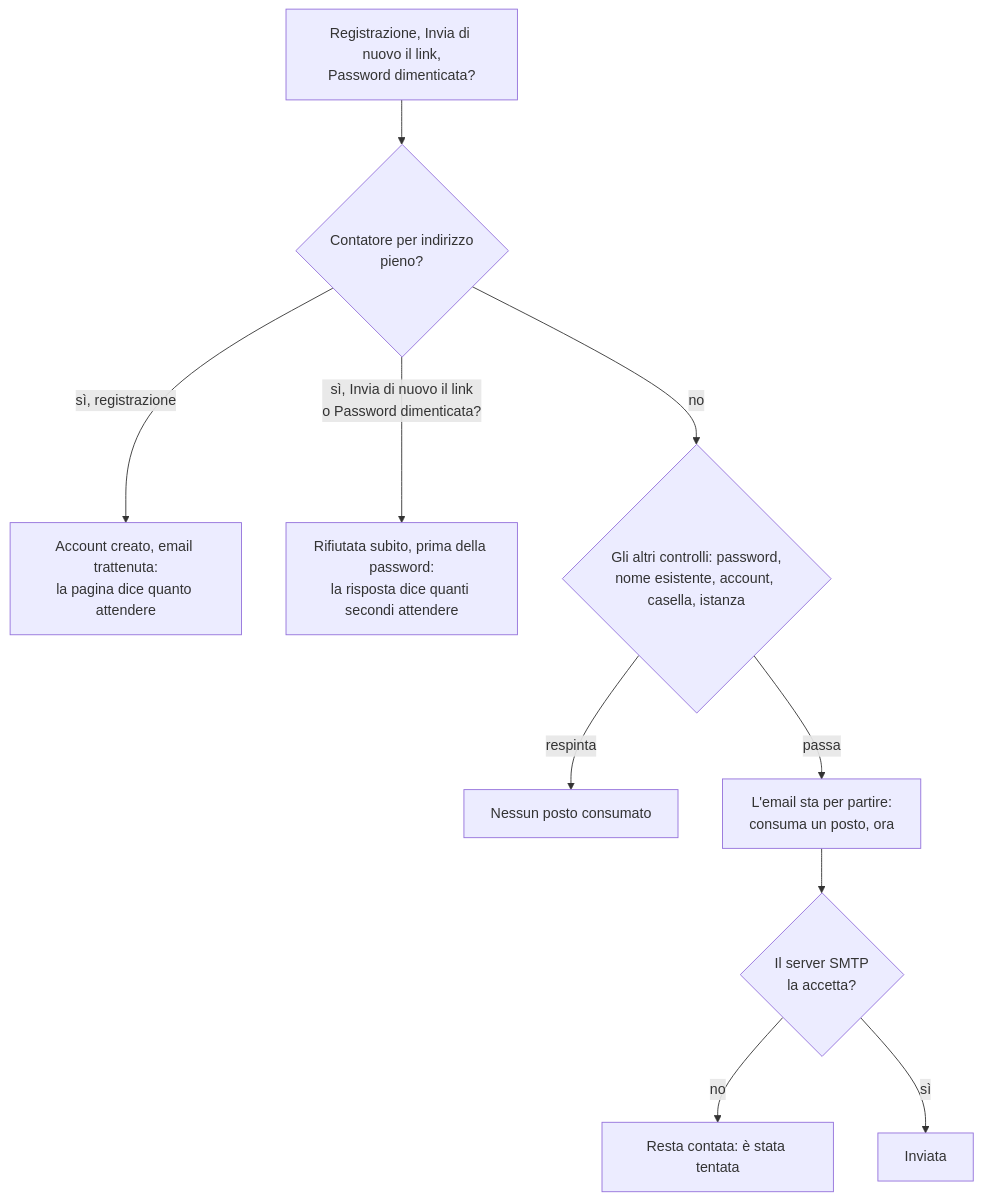
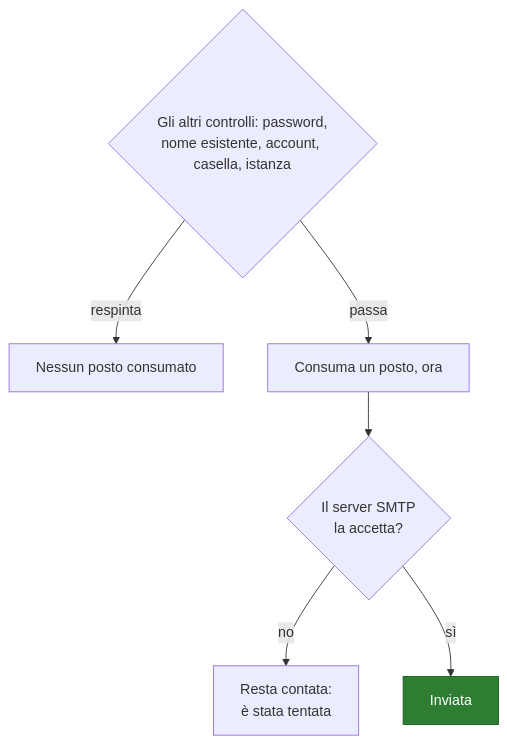
One commit to Librefolio/LibreFolio changed the eighth of 18 diagrams in mkdocs_src/docs/admin/email_flows.it.md. Above: the diagram before and after it, drawn with Mermaid. The commit also changed other lines of this file, not shown here.

Commit message:
docs(admin): email flows diagrams small and separate, ELK where it reads better (it)

````diff
--- a/mkdocs_src/docs/admin/email_flows.it.md
+++ b/mkdocs_src/docs/admin/email_flows.it.md
@@ -261,12 +313,10 @@
 ```mermaid
 flowchart TD
-    REQ["Registrazione, Invia di nuovo il link,<br>Password dimenticata?"] --> FULL{"Contatore per indirizzo<br>pieno?"}
-    FULL -->|"sì, registrazione"| HELD["Account creato, email trattenuta:<br>la pagina dice quanto attendere"]
-    FULL -->|"sì, Invia di nuovo il link<br>o Password dimenticata?"| REJ["Rifiutata subito, prima della password:<br>la risposta dice quanti secondi attendere"]
-    FULL -->|"no"| OTHER{"Gli altri controlli: password,<br>nome esistente, account, casella, istanza"}
-    OTHER -->|"respinta"| FREE["Nessun posto consumato"]
-    OTHER -->|"passa"| SEND["L'email sta per partire:<br>consuma un posto, ora"]
+    OTHER{"Gli altri controlli: password,<br>nome esistente, account, casella, istanza"} -->|"respinta"| FREE["Nessun posto consumato"]
+    OTHER -->|"passa"| SEND["Consuma un posto, ora"]
     SEND --> SMTP{"Il server SMTP<br>la accetta?"}
-    SMTP -->|"no"| CNT["Resta contata: è stata tentata"]
+    SMTP -->|"no"| CNT["Resta contata:<br>è stata tentata"]
     SMTP -->|"sì"| OK["Inviata"]
+    classDef ok fill:#2e7d32,stroke:#1b5e20,color:#ffffff
+    class OK ok
 ```
````
